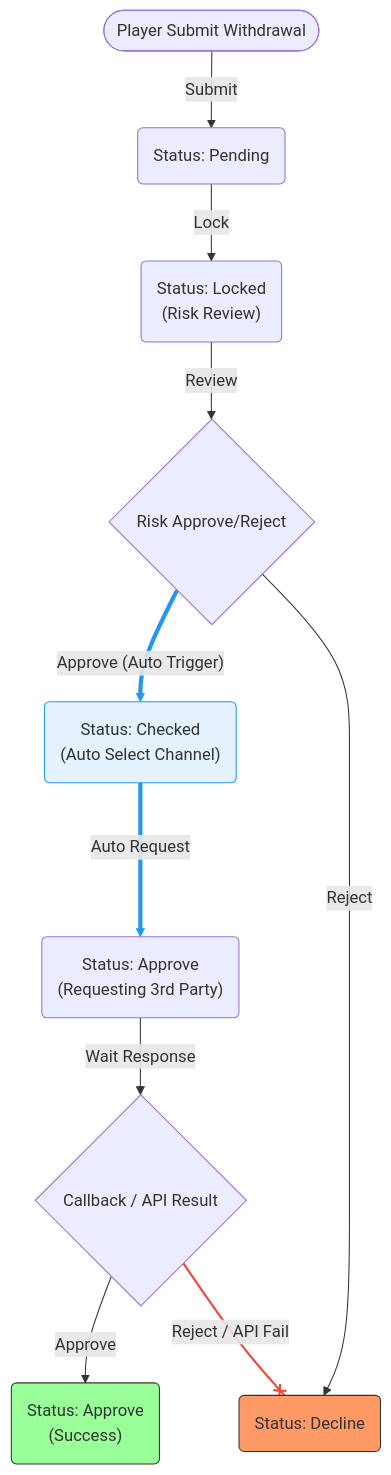
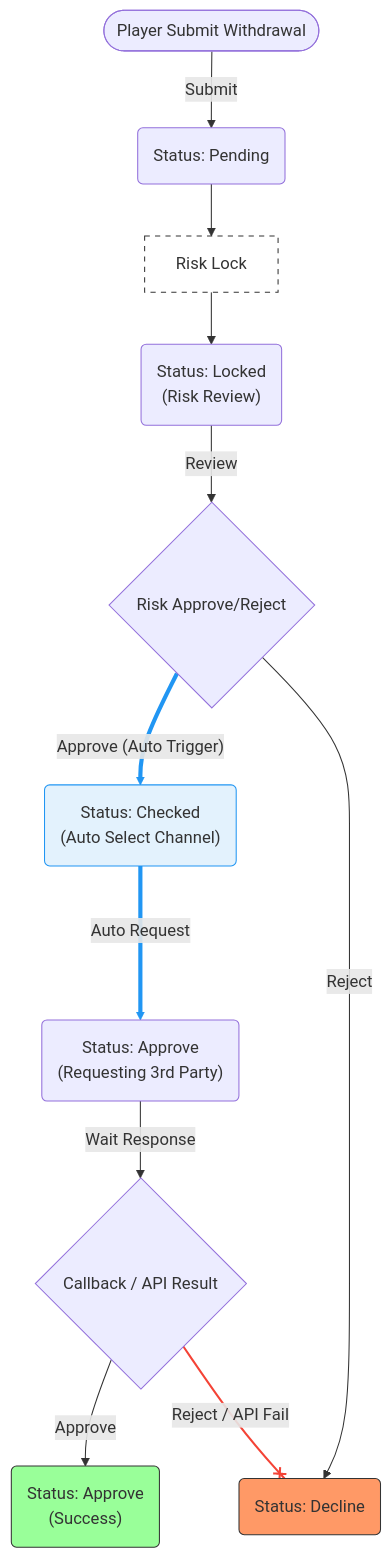
The second of 2 diagrams in no99_archive/sitflowchart.md (almightyken0425/SuSuGiGiSpec), drawn with Mermaid before and after one commit. The commit also changed other lines of this file, not shown here.

````diff
--- a/no99_archive/sitflowchart.md
+++ b/no99_archive/sitflowchart.md
@@ -73,50 +87,58 @@
 ```mermaid
 graph TD
     %% 節點定義
     StartAuto(["Player Submit Withdrawal"])
     PendingAuto("Status: Pending")
+    
+    RiskLockActionBoxAuto["Risk Lock"]
     RiskLockAuto("Status: Locked<br/>(Risk Review)")
+    
     RiskActionAuto{"Risk Approve/Reject"}
     ApproveAuto("Status: Checked<br/>(Auto Select Channel)")
     ApproveReqAuto("Status: Approve<br/>(Requesting 3rd Party)")
     DeclineAuto("Status: Decline")
     SuccessAuto("Status: Approve<br/>(Success)")
     CallbackAuto{"Callback / API Result"}
 
     StartAuto -->|"Submit"| PendingAuto
-    PendingAuto -->|"Lock"| RiskLockAuto
+    
+    PendingAuto --> RiskLockActionBoxAuto
+    RiskLockActionBoxAuto --> RiskLockAuto
+    
     RiskLockAuto -->|"Review"| RiskActionAuto
     
     %% 高亮自動化路徑
     RiskActionAuto ==>|"Approve (Auto Trigger)"| ApproveAuto
     ApproveAuto ===>|"Auto Request"| ApproveReqAuto
 
     RiskActionAuto -->|"Reject"| DeclineAuto
     
     ApproveReqAuto -->|"Wait Response"| CallbackAuto
 
     CallbackAuto -->|"Approve"| SuccessAuto
     
     %% 高亮報廢路徑
     CallbackAuto --x|"Reject / API Fail"| DeclineAuto
 
     %% 樣式與連結美化
     %% linkStyle 索引 (基於連接線出現順序):
     %% 0: StartAuto -> PendingAuto
-    %% 1: PendingAuto -> RiskLockAuto
-    %% 2: RiskLockAuto -> RiskActionAuto
-    %% 3: RiskActionAuto ==> ApproveAuto
-    %% 4: ApproveAuto ===> ApproveReqAuto
-    %% 5: RiskActionAuto --> DeclineAuto
-    %% 6: ApproveReqAuto --> CallbackAuto
-    %% 7: CallbackAuto --> SuccessAuto
-    %% 8: CallbackAuto --x DeclineAuto
+    %% 1: PendingAuto -> RiskLockActionBoxAuto
+    %% 2: RiskLockActionBoxAuto -> RiskLockAuto
+    %% 3: RiskLockAuto -> RiskActionAuto
+    %% 4: RiskActionAuto ==> ApproveAuto
+    %% 5: ApproveAuto ===> ApproveReqAuto
+    %% 6: RiskActionAuto --> DeclineAuto
+    %% 7: ApproveReqAuto --> CallbackAuto
+    %% 8: CallbackAuto --> SuccessAuto
+    %% 9: CallbackAuto --x DeclineAuto
 
-    linkStyle 3 stroke:#2196f3,stroke-width:4px;
     linkStyle 4 stroke:#2196f3,stroke-width:4px;
-    linkStyle 8 stroke:#f44336,stroke-width:2px;
+    linkStyle 5 stroke:#2196f3,stroke-width:4px;
+    linkStyle 9 stroke:#f44336,stroke-width:2px;
 
     style DeclineAuto fill:#f96,stroke:#333
     style SuccessAuto fill:#9f9,stroke:#333
     style ApproveAuto fill:#e3f2fd,stroke:#2196f3
+    style RiskLockActionBoxAuto fill:#fff,stroke:#333,stroke-dasharray: 5 5
 ```
````
